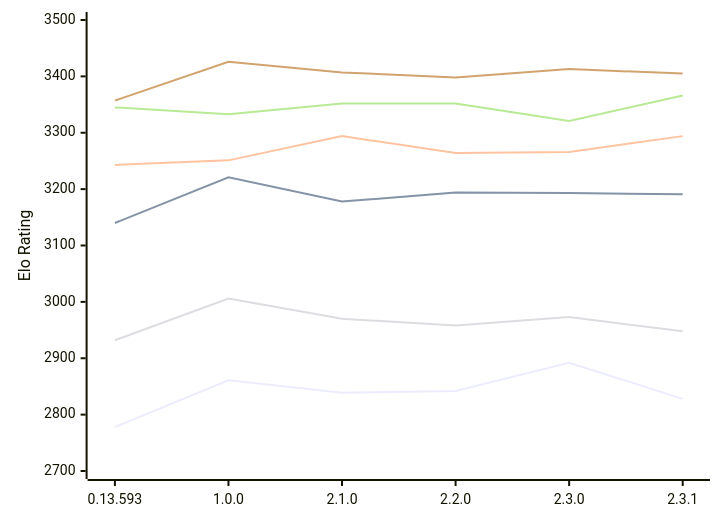
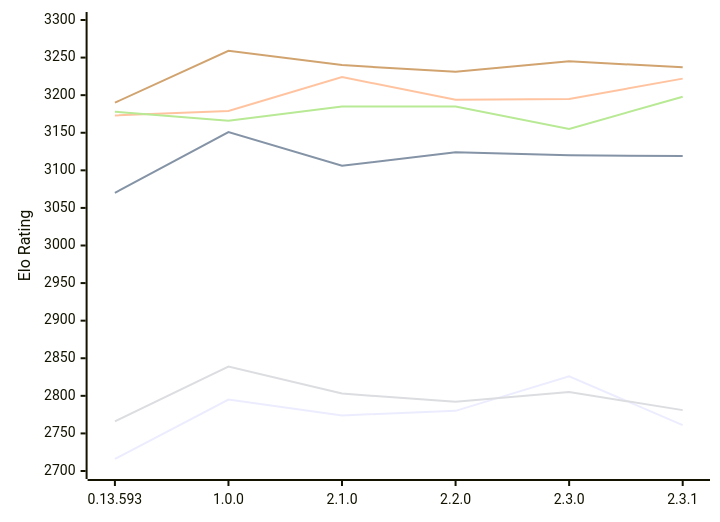
The diagram in engines/Pawnstar.md (computer-chess-index/cci), drawn with Mermaid before and after one commit. The commit also changed other lines of this file, not shown here.

Commit message:
Update CCI Ratings (ELO VLTC) - 2026-11-13

````diff
--- a/engines/Pawnstar.md
+++ b/engines/Pawnstar.md
@@ -57,12 +57,12 @@
 ```mermaid
 %%{init: {"theme":"base","themeVariables":{"seriesColors:['#a3a3a3','#222221','#faa371']}}}%%
 xychart-beta
   x-axis ["0.13.593", "1.0.0", "2.1.0", "2.2.0", "2.3.0", "2.3.1"]
-  y-axis "Elo Rating" 2700 --> 3500
-  line "E1: STC (8.0+0.08s)" [2778, 2861, 2839, 2842, 2892, 2828]
-  line "E1: LTC (60.0+0.60s)" [3140, 3221, 3178, 3194, 3193, 3191]
-  line "E1: VLTC (2m24s+1.12s)" [3243, 3251, 3294, 3264, 3266, 3294]
-  line "P1: STC (8.0+0.08s)" [2932, 3006, 2970, 2958, 2973, 2948]
-  line "P1: LTC (60.0+0.60s)" [3345, 3333, 3352, 3352, 3321, 3366]
-  line "P1: VLTC (2m24s+1.12s)" [3357, 3426, 3407, 3398, 3413, 3405]
+  y-axis "Elo Rating" 2700 --> 3300
+  line "E1: STC (8.0+0.08s)" [2716, 2795, 2774, 2780, 2826, 2761]
+  line "E1: LTC (60.0+0.60s)" [3070, 3151, 3106, 3124, 3120, 3119]
+  line "E1: VLTC (2m24s+1.12s)" [3173, 3179, 3224, 3194, 3195, 3222]
+  line "P1: STC (8.0+0.08s)" [2766, 2839, 2803, 2792, 2805, 2781]
+  line "P1: LTC (60.0+0.60s)" [3178, 3166, 3185, 3185, 3155, 3198]
+  line "P1: VLTC (2m24s+1.12s)" [3190, 3259, 3240, 3231, 3245, 3237]
 ```
````
